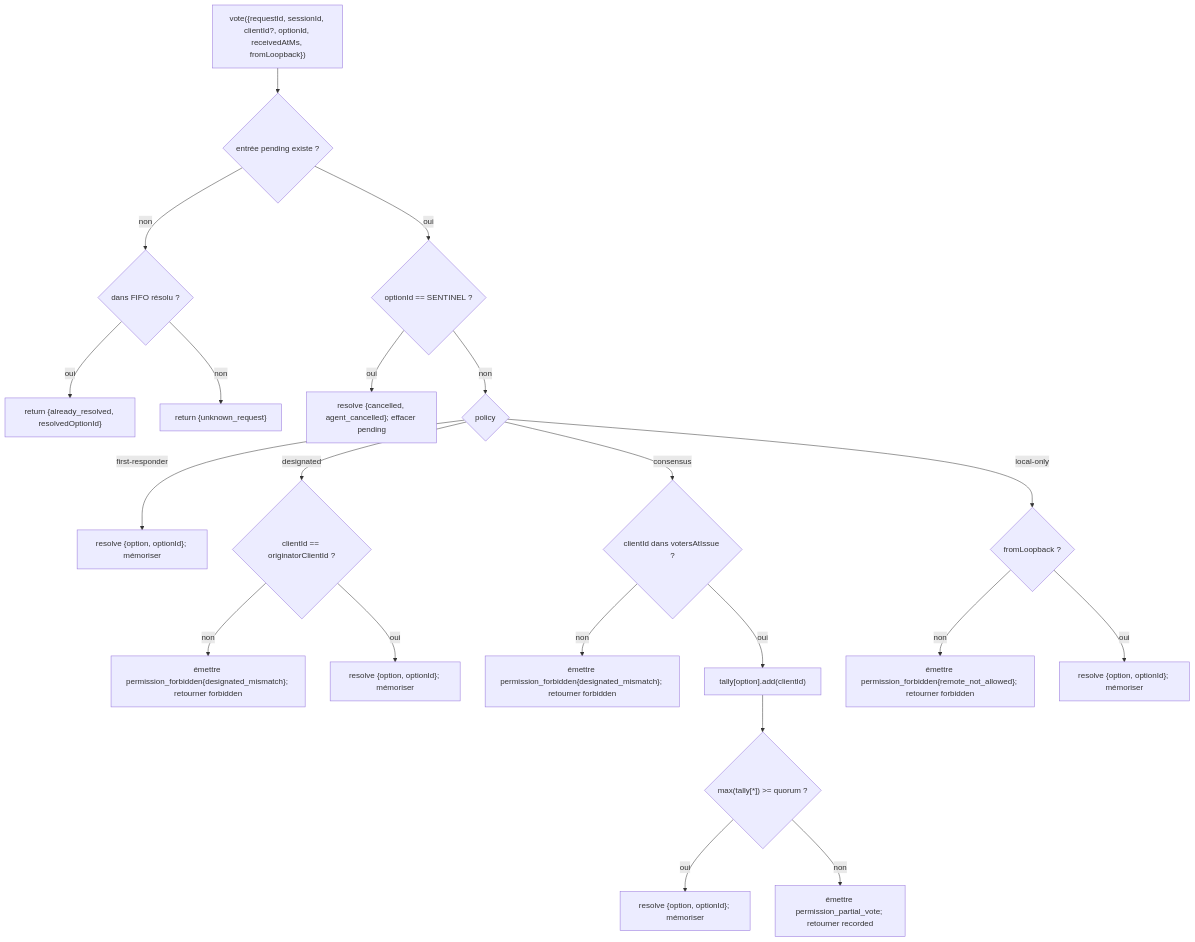
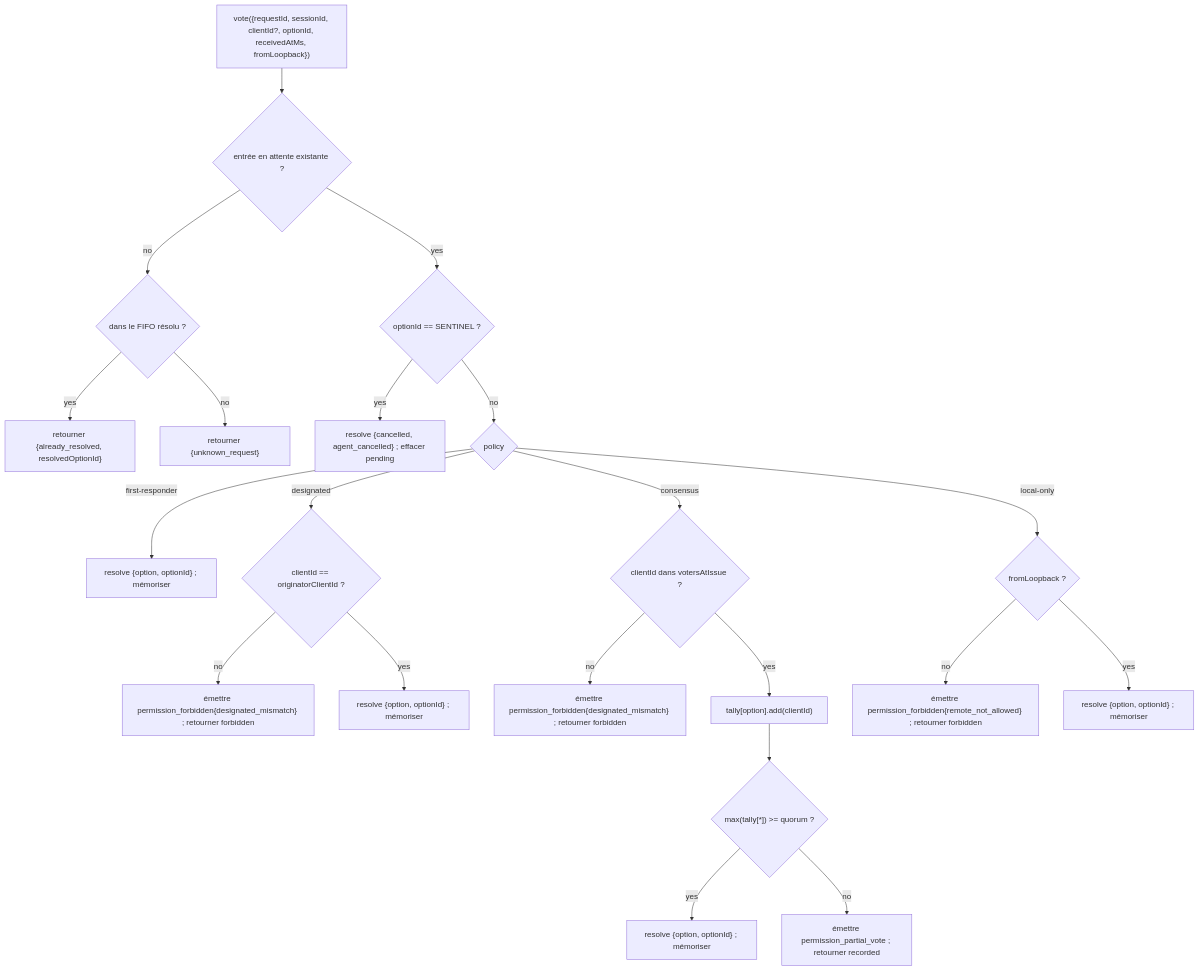
Before and after one commit to QwenLM/qwen-code-docs: the second of 2 diagrams in website/content/fr/developers/daemon/04-permission-mediation.md, drawn with Mermaid. The commit also changed other lines of this file and 162 other files, not shown here.

````diff
--- a/website/content/fr/developers/daemon/04-permission-mediation.md
+++ b/website/content/fr/developers/daemon/04-permission-mediation.md
@@ -121,23 +121,23 @@
 ```mermaid
 flowchart TD
-    V["vote({requestId, sessionId, clientId?, optionId, receivedAtMs, fromLoopback})"] --> E{"entrée pending existe ?"}
-    E -->|non| RD{"dans FIFO résolu ?"}
-    RD -->|oui| AR["return {already_resolved, resolvedOptionId}"]
-    RD -->|non| UR["return {unknown_request}"]
-    E -->|oui| SENT{"optionId == SENTINEL ?"}
-    SENT -->|oui| CX["resolve {cancelled, agent_cancelled}; effacer pending"]
-    SENT -->|non| POL{"policy"}
-    POL -->|first-responder| FR["resolve {option, optionId}; mémoriser"]
+    V["vote({requestId, sessionId, clientId?, optionId, receivedAtMs, fromLoopback})"] --> E{"entrée en attente existante ?"}
+    E -->|no| RD{"dans le FIFO résolu ?"}
+    RD -->|yes| AR["retourner {already_resolved, resolvedOptionId}"]
+    RD -->|no| UR["retourner {unknown_request}"]
+    E -->|yes| SENT{"optionId == SENTINEL ?"}
+    SENT -->|yes| CX["resolve {cancelled, agent_cancelled} ; effacer pending"]
+    SENT -->|no| POL{"policy"}
+    POL -->|first-responder| FR["resolve {option, optionId} ; mémoriser"]
     POL -->|designated| DG{"clientId == originatorClientId ?"}
-    DG -->|non| FOR["émettre permission_forbidden{designated_mismatch}; retourner forbidden"]
-    DG -->|oui| FRR["resolve {option, optionId}; mémoriser"]
+    DG -->|no| FOR["émettre permission_forbidden{designated_mismatch} ; retourner forbidden"]
+    DG -->|yes| FRR["resolve {option, optionId} ; mémoriser"]
     POL -->|consensus| CN{"clientId dans votersAtIssue ?"}
-    CN -->|non| FORC["émettre permission_forbidden{designated_mismatch}; retourner forbidden"]
-    CN -->|oui| TAL["tally[option].add(clientId)"]
+    CN -->|no| FORC["émettre permission_forbidden{designated_mismatch} ; retourner forbidden"]
+    CN -->|yes| TAL["tally[option].add(clientId)"]
     TAL --> Q{"max(tally[*]) >= quorum ?"}
-    Q -->|oui| RES["resolve {option, optionId}; mémoriser"]
-    Q -->|non| PV["émettre permission_partial_vote; retourner recorded"]
+    Q -->|yes| RES["resolve {option, optionId} ; mémoriser"]
+    Q -->|no| PV["émettre permission_partial_vote ; retourner recorded"]
     POL -->|local-only| LO{"fromLoopback ?"}
-    LO -->|non| FORL["émettre permission_forbidden{remote_not_allowed}; retourner forbidden"]
-    LO -->|oui| RESL["resolve {option, optionId}; mémoriser"]
+    LO -->|no| FORL["émettre permission_forbidden{remote_not_allowed} ; retourner forbidden"]
+    LO -->|yes| RESL["resolve {option, optionId} ; mémoriser"]
 ```
````
